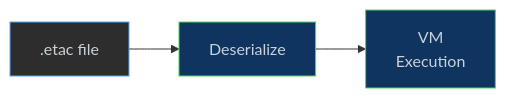
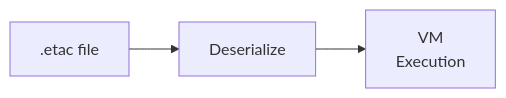
One commit to lewismj/eta changed the second of 2 diagrams in docs/guide/reference/compiler.md. Above: the diagram before and after it, drawn with Mermaid. The commit also changed other lines of this file and 20 other files, not shown here.

````diff
--- a/docs/guide/reference/compiler.md
+++ b/docs/guide/reference/compiler.md
@@ -99,9 +89,5 @@
 ```mermaid
 flowchart LR
     ETAC[".etac file"] --> DES["Deserialize"]
     DES --> VM["VM\nExecution"]
-
-    style ETAC fill:#2d2d2d,stroke:#58a6ff,color:#c9d1d9
-    style DES  fill:#0f3460,stroke:#56d364,color:#c9d1d9
-    style VM   fill:#0f3460,stroke:#56d364,color:#c9d1d9
 ```
````
